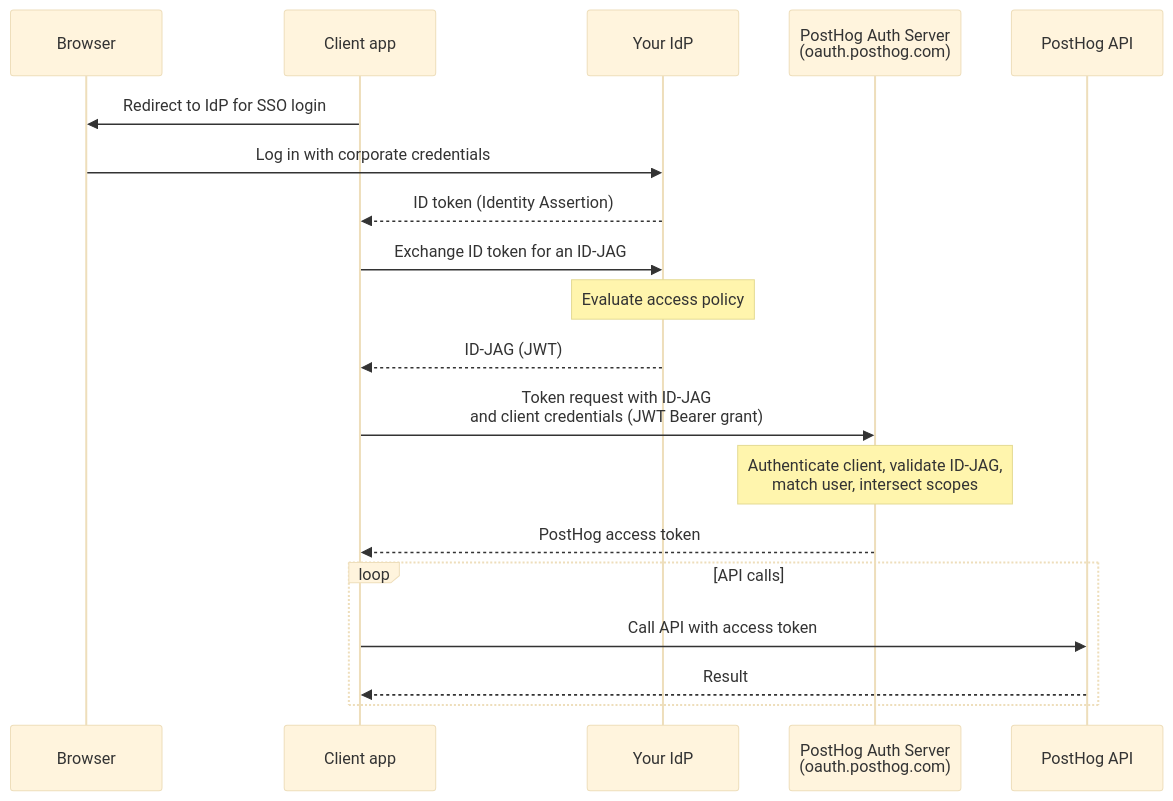
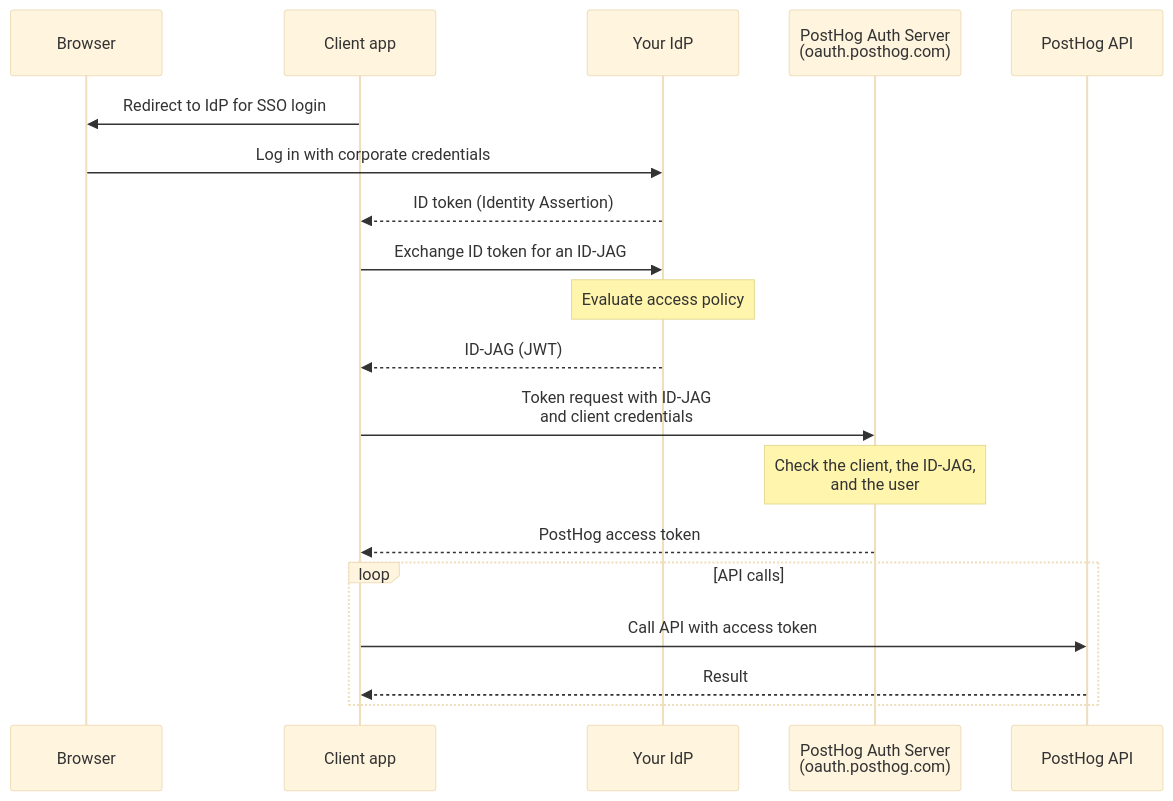
The diagram in contents/docs/settings/authentication/id-jag.mdx (PostHog/posthog.com), drawn with Mermaid (base theme) before and after one commit. The commit also changed other lines of this file, not shown here.

First line of the commit message:
docs(id-jag): move the technical reference into a faq

````diff
--- a/contents/docs/settings/authentication/id-jag.mdx
+++ b/contents/docs/settings/authentication/id-jag.mdx
@@ -31,25 +31,25 @@
 ```mermaid
 sequenceDiagram
     participant User as Browser
     participant Client as Client app
     participant IdP as Your IdP
     participant AS as PostHog Auth Server<br/>(oauth.posthog.com)
     participant API as PostHog API
 
     Client->>User: Redirect to IdP for SSO login
     User->>IdP: Log in with corporate credentials
     IdP-->>Client: ID token (Identity Assertion)
 
     Client->>IdP: Exchange ID token for an ID-JAG
     Note over IdP: Evaluate access policy
     IdP-->>Client: ID-JAG (JWT)
 
-    Client->>AS: Token request with ID-JAG<br/>and client credentials (JWT Bearer grant)
-    Note over AS: Authenticate client, validate ID-JAG,<br/>match user, intersect scopes
+    Client->>AS: Token request with ID-JAG<br/>and client credentials
+    Note over AS: Check the client, the ID-JAG,<br/>and the user
     AS-->>Client: PostHog access token
 
     loop API calls
         Client->>API: Call API with access token
         API-->>Client: Result
     end
 ```
````
